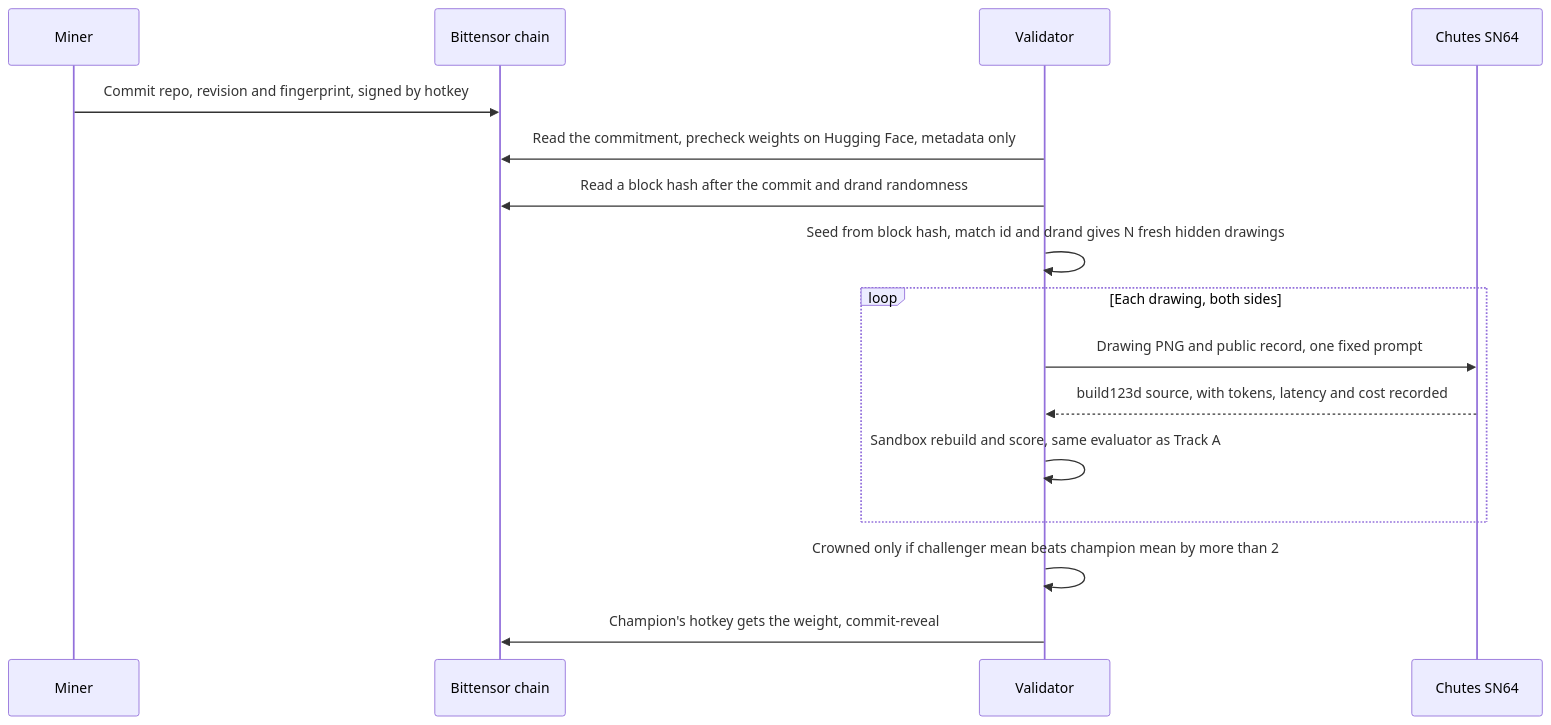
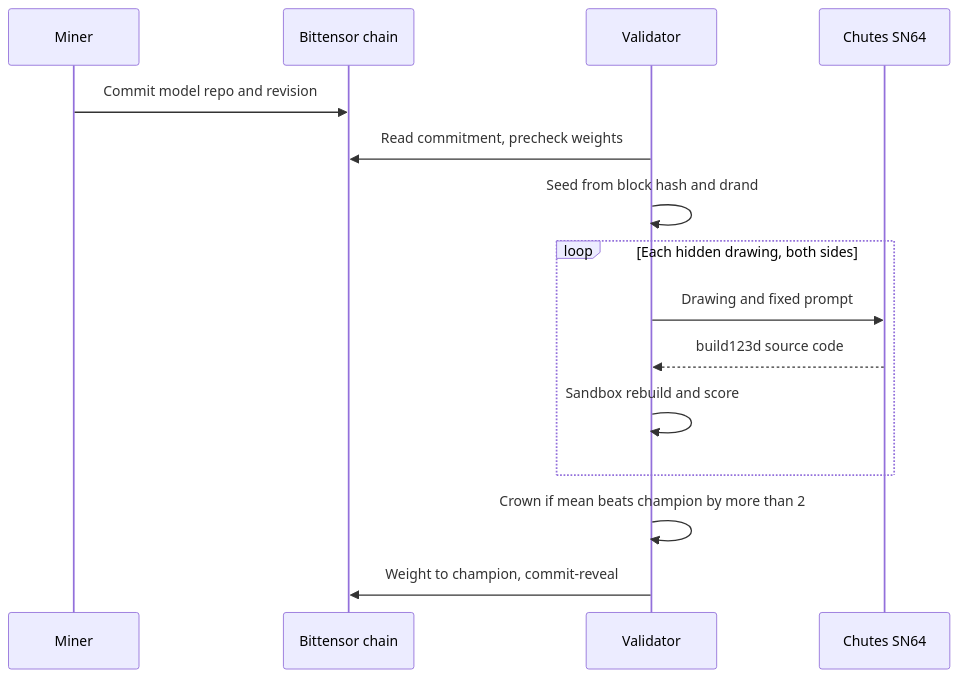
One commit to soumyacodes007/kova changed the third of 3 diagrams in README.md. Above: the diagram before and after it, drawn with Mermaid. The commit also changed other lines of this file, not shown here.

Commit message:
[C] README: vertical pipeline diagram and shorter match steps so GitHub renders them legibly

````diff
--- a/README.md
+++ b/README.md
@@ -82,18 +80,17 @@
 ```mermaid
 sequenceDiagram
     participant Miner
     participant Chain as Bittensor chain
     participant Val as Validator
     participant Chutes as Chutes SN64
-    Miner->>Chain: Commit repo, revision and fingerprint, signed by hotkey
-    Val->>Chain: Read the commitment, precheck weights on Hugging Face, metadata only
-    Val->>Chain: Read a block hash after the commit and drand randomness
-    Val->>Val: Seed from block hash, match id and drand gives N fresh hidden drawings
-    loop Each drawing, both sides
-        Val->>Chutes: Drawing PNG and public record, one fixed prompt
-        Chutes-->>Val: build123d source, with tokens, latency and cost recorded
-        Val->>Val: Sandbox rebuild and score, same evaluator as Track A
+    Miner->>Chain: Commit model repo and revision
+    Val->>Chain: Read commitment, precheck weights
+    Val->>Val: Seed from block hash and drand
+    loop Each hidden drawing, both sides
+        Val->>Chutes: Drawing and fixed prompt
+        Chutes-->>Val: build123d source code
+        Val->>Val: Sandbox rebuild and score
     end
-    Val->>Val: Crowned only if challenger mean beats champion mean by more than 2
-    Val->>Chain: Champion's hotkey gets the weight, commit-reveal
+    Val->>Val: Crown if mean beats champion by more than 2
+    Val->>Chain: Weight to champion, commit-reveal
 ```
````
